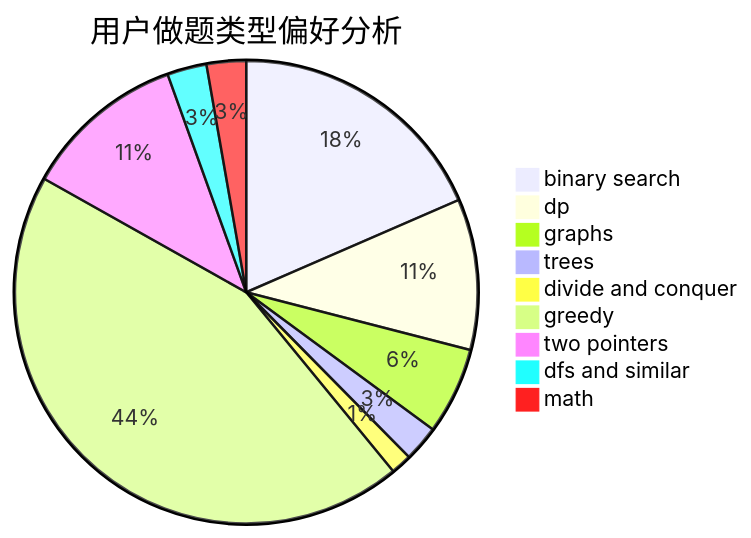
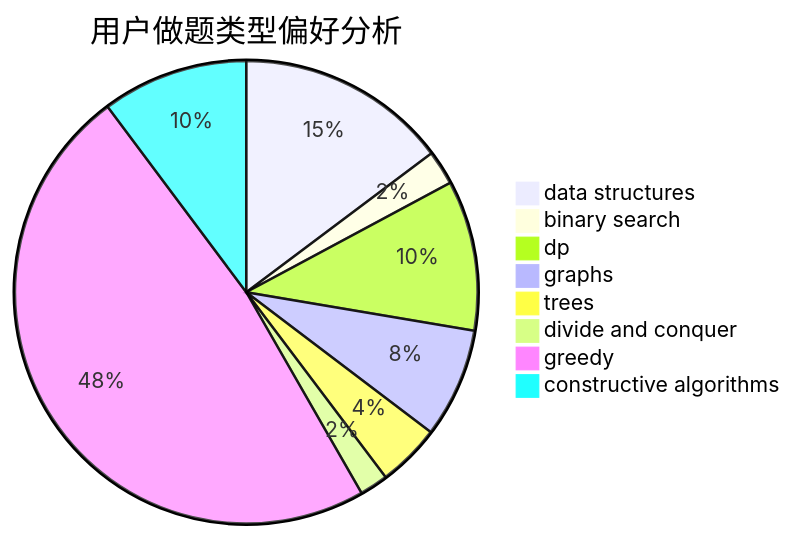
The second of 3 diagrams in docs/user/u2018.md (sherpahu/cfrs.github.io), drawn with Mermaid before and after one commit. The commit also changed other lines of this file and 2775 other files, not shown here.

````diff
--- a/docs/user/u2018.md
+++ b/docs/user/u2018.md
@@ -23,12 +23,11 @@
 ```mermaid
 pie title 用户做题类型偏好分析
-    "binary search" :  228
-    "dp" :  130
-    "graphs" :  75
+    "data structures" :  104
+    "binary search" :  17
+    "dp" :  74
+    "graphs" :  54
     "trees" :  31
-    "divide and conquer" :  18
-    "greedy" :  544
-    "two pointers" :  140
-    "dfs and similar" :  34
-    "math" :  34
+    "divide and conquer" :  14
+    "greedy" :  339
+    "constructive algorithms" :  72
 ```
````
